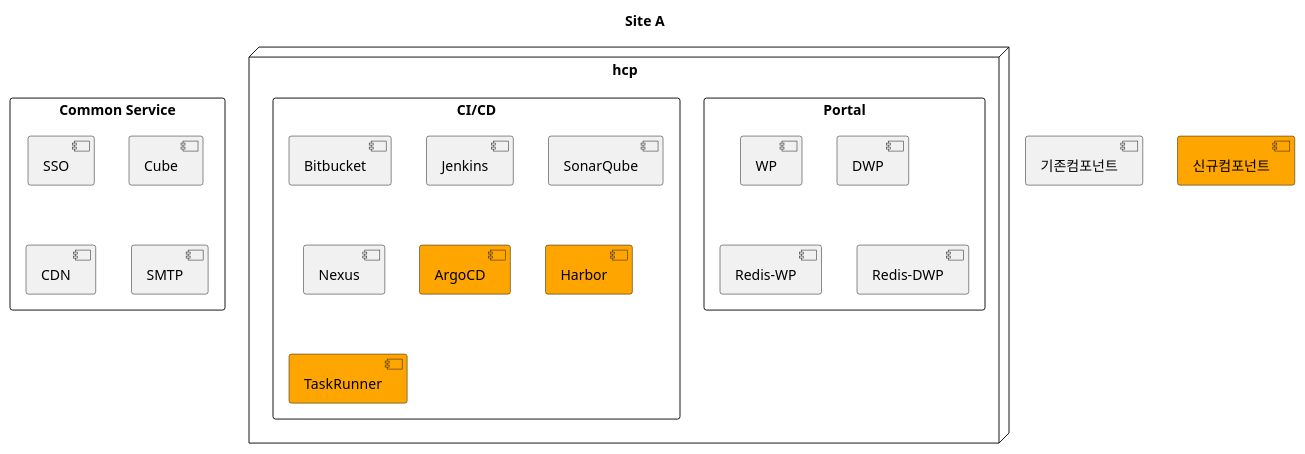
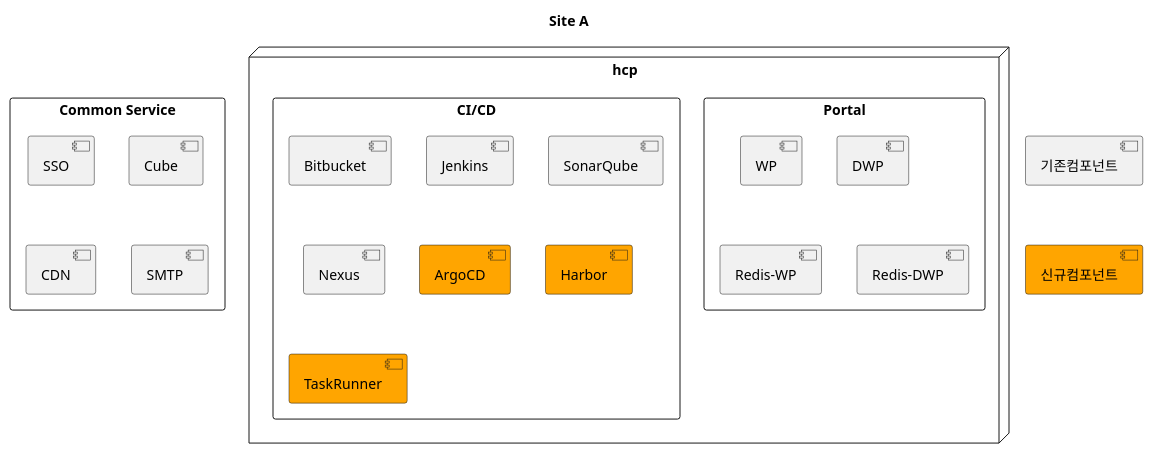
Before and after one commit to kloudbank/htdp1.github.io: the first of 6 diagrams in docs/src/multi-cloud/diagram.md, drawn with PlantUML. The commit also changed other lines of this file, not shown here.

```diff
--- a/docs/src/multi-cloud/diagram.md
+++ b/docs/src/multi-cloud/diagram.md
@@ -2,31 +2,32 @@
 @startuml
 
 title "Site A"
 
 [기존컴포넌트] as old
 [신규컴포넌트] as new #orange
+old -[hidden]d-> new
 
 rectangle "Common Service" as a_comm {
     [SSO] as a_comm_sso
     [Cube] as a_comm_cube
     [CDN] as a_comm_cnd
     [SMTP] as a_comm_smtp
 }
 node "hcp" as hcp {
     rectangle "Portal" as a_portal {
         [WP] as hcp_portal_wp
         [DWP] as hcp_portal_dwp
         [Redis-WP] as hcp_portal_rediswp
         [Redis-DWP] as hcp_portal_redisdwp
     }
     rectangle "CI/CD" as hcp_cicd {
         [Bitbucket] as hcp_cicd_bitbucket
         [Jenkins] as hcp_cicd_jenkins
         [SonarQube] as hcp_cicd_sonarqube
         [Nexus] as hcp_cicd_nexus
         [ArgoCD] as hcp_cicd_argocd #orange
         [Harbor] as hcp_cicd_harbor #orange
         [TaskRunner] as hcp_cicd_taskrunner #orange
     }
 }
 @enduml
```
